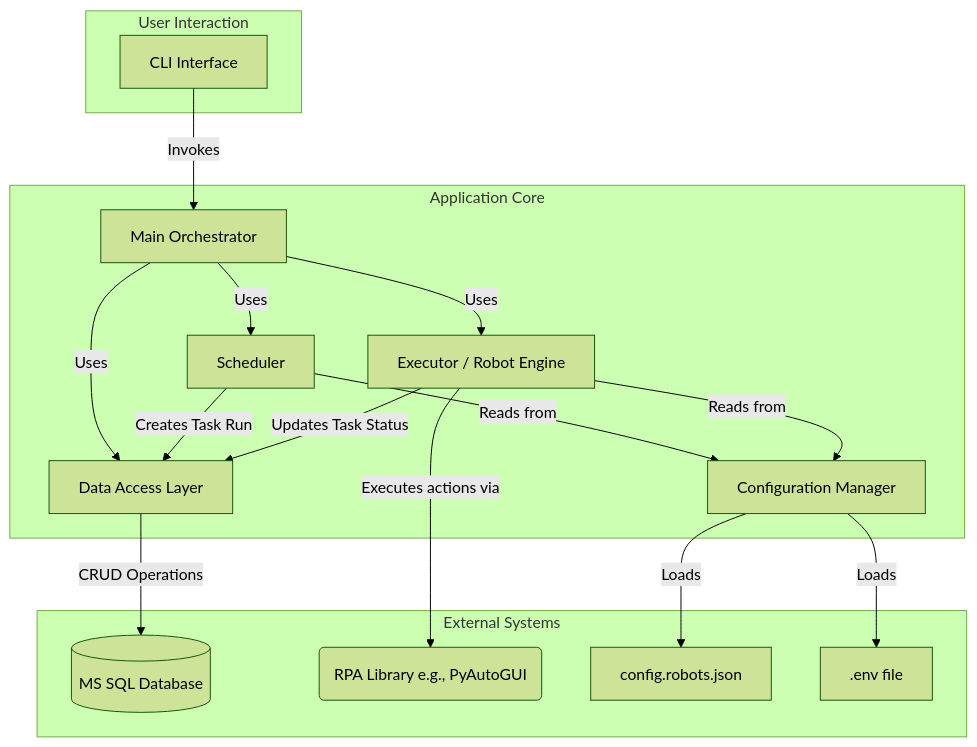
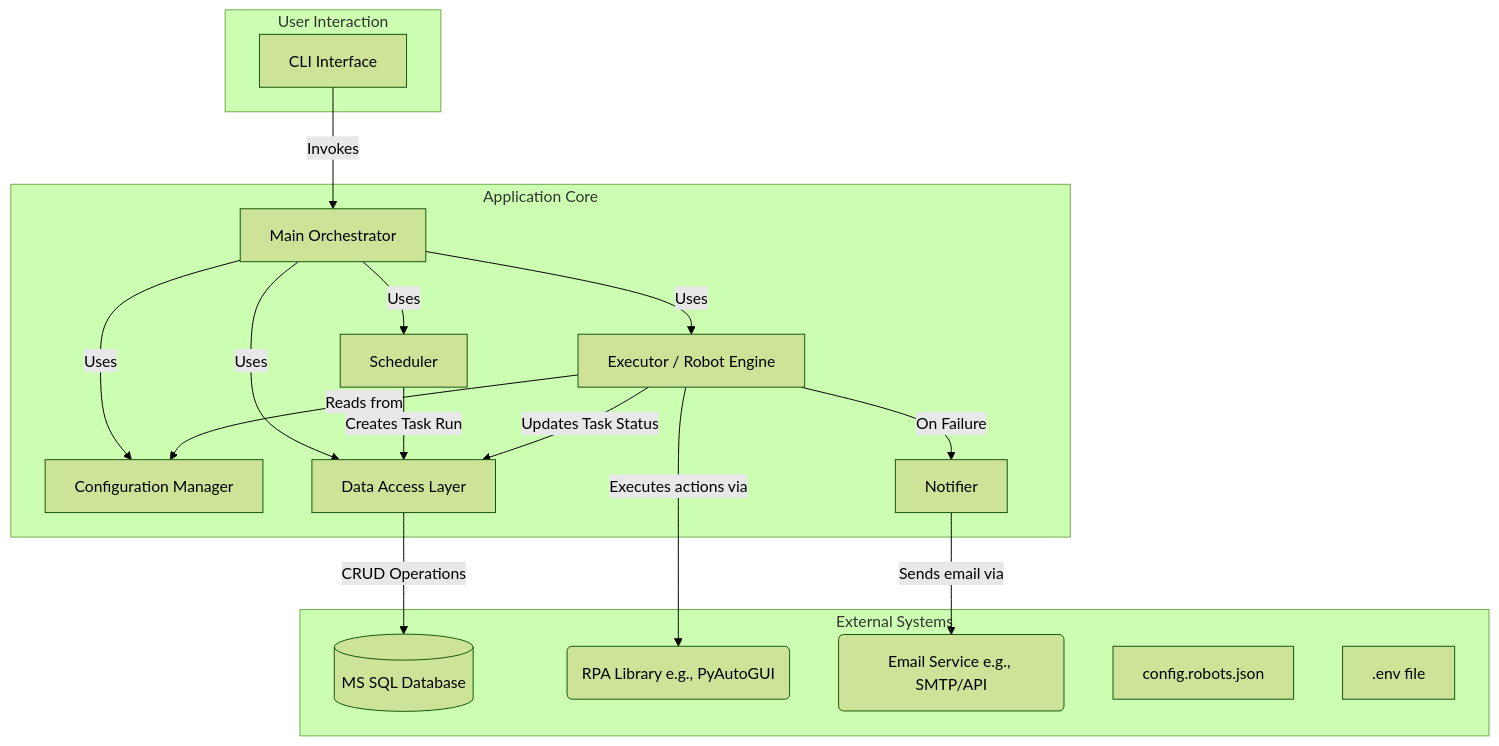
Before and after one commit to KaPodgaets/vibe-python: the diagram in designe/202506081000_design_plan.md, drawn with Mermaid (forest theme). The commit also changed other lines of this file and 28 other files, not shown here.

````diff
--- a/designe/202506081000_design_plan.md
+++ b/designe/202506081000_design_plan.md
@@ -27,36 +26,37 @@
 ```mermaid
 graph TD
     subgraph User Interaction
         CLI[CLI Interface]
     end
 
     subgraph Application Core
         Orchestrator[Main Orchestrator]
         ConfigMgr[Configuration Manager]
         Scheduler[Scheduler]
         Executor[Executor / Robot Engine]
         DAL[Data Access Layer]
+        Notifier[Notifier]
     end
 
     subgraph External Systems
         MSSQL[(MS SQL Database)]
         RPA_Lib(RPA Library e.g., PyAutoGUI)
+        EmailSvc(Email Service e.g., SMTP/API)
         ConfigFile[config.robots.json]
         EnvFile[.env file]
     end
 
     CLI -- Invokes --> Orchestrator
     Orchestrator -- Uses --> Scheduler
     Orchestrator -- Uses --> Executor
     Orchestrator -- Uses --> DAL
-
-    Scheduler -- Reads from --> ConfigMgr
-    Executor -- Reads from --> ConfigMgr
-    ConfigMgr -- Loads --> ConfigFile
-    ConfigMgr -- Loads --> EnvFile
+    Orchestrator -- Uses --> ConfigMgr
 
     Scheduler -- Creates Task Run --> DAL
     Executor -- Updates Task Status --> DAL
+    Executor -- On Failure --> Notifier
     Executor -- Executes actions via --> RPA_Lib
+    Executor -- Reads from --> ConfigMgr
+    Notifier -- Sends email via --> EmailSvc
     DAL -- CRUD Operations --> MSSQL
 ```
````
